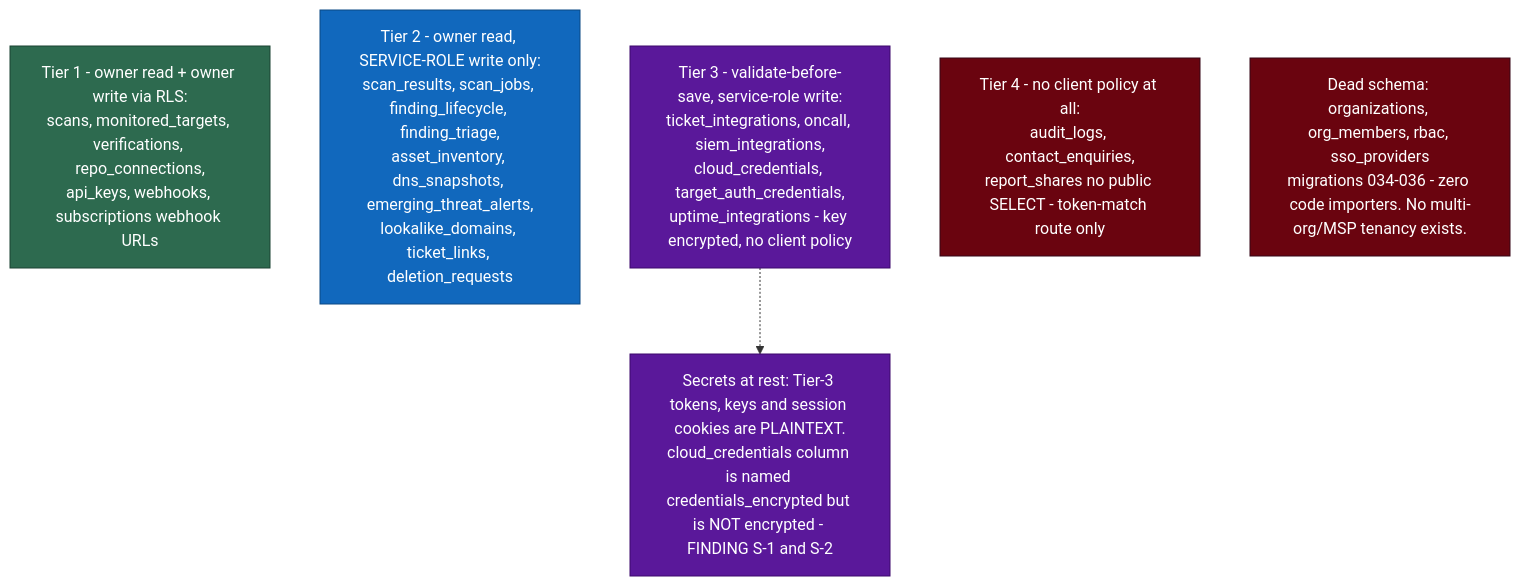
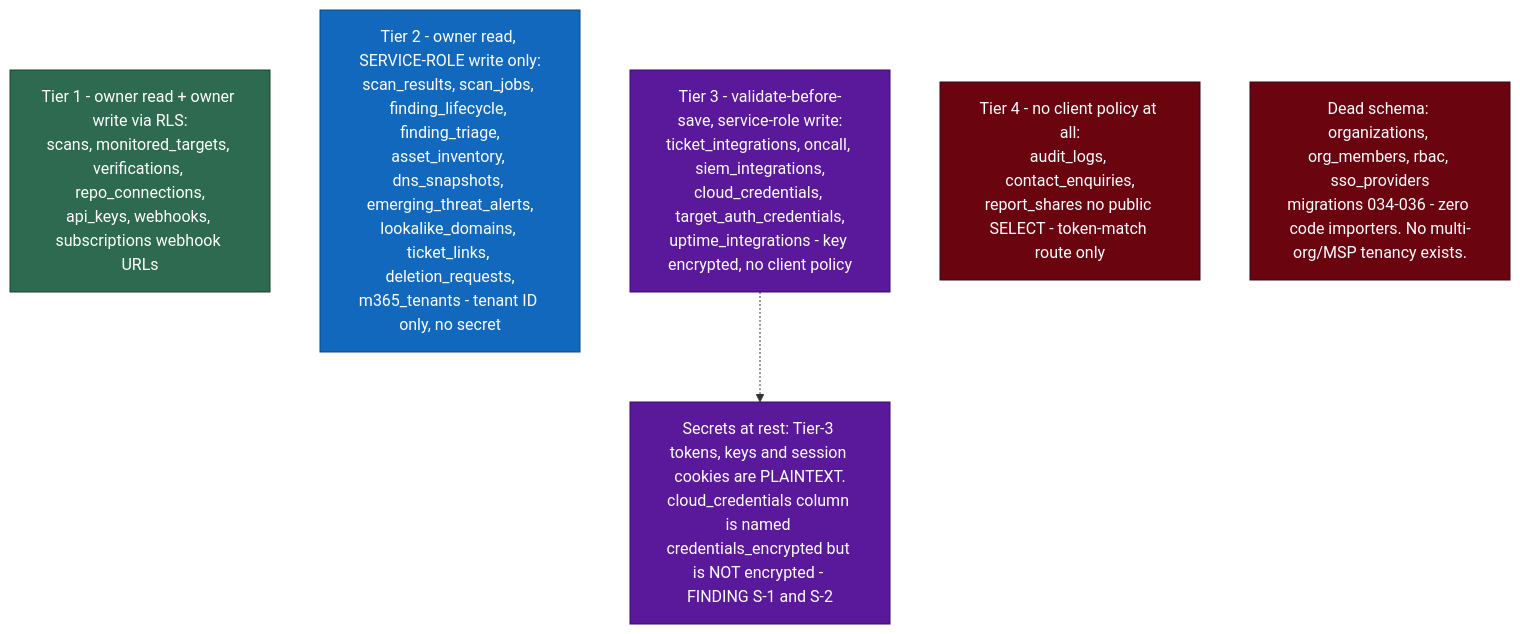
Before and after one commit to andrew-barvas/hebrides-cyber: the second of 2 diagrams in hebridescyber-app/docs/DATA-MODEL.md, drawn with Mermaid. The commit also changed other lines of this file and 31 other files, not shown here.

First line of the commit message:
feat(m365): read-only Microsoft 365 and Entra ID posture checks (P1-4) (#194)

````diff
--- a/hebridescyber-app/docs/DATA-MODEL.md
+++ b/hebridescyber-app/docs/DATA-MODEL.md
@@ -70,14 +71,14 @@
 ```mermaid
 flowchart TB
     classDef t1 fill:#2d6a4f,stroke:#1b4332,color:#fff
     classDef t2 fill:#1168bd,stroke:#0b4884,color:#fff
     classDef t3 fill:#5a189a,stroke:#3c096c,color:#fff
     classDef t4 fill:#6a040f,stroke:#370617,color:#fff
     T1[Tier 1 - owner read + owner write via RLS:<br/>scans, monitored_targets, verifications, repo_connections,<br/>api_keys, webhooks, subscriptions webhook URLs]:::t1
-    T2[Tier 2 - owner read, SERVICE-ROLE write only:<br/>scan_results, scan_jobs, finding_lifecycle, finding_triage,<br/>asset_inventory, dns_snapshots, emerging_threat_alerts,<br/>lookalike_domains, ticket_links, deletion_requests]:::t2
+    T2[Tier 2 - owner read, SERVICE-ROLE write only:<br/>scan_results, scan_jobs, finding_lifecycle, finding_triage,<br/>asset_inventory, dns_snapshots, emerging_threat_alerts,<br/>lookalike_domains, ticket_links, deletion_requests,<br/>m365_tenants - tenant ID only, no secret]:::t2
     T3[Tier 3 - validate-before-save, service-role write:<br/>ticket_integrations, oncall, siem_integrations,<br/>cloud_credentials, target_auth_credentials,<br/>uptime_integrations - key encrypted, no client policy]:::t3
     T4[Tier 4 - no client policy at all:<br/>audit_logs, contact_enquiries,<br/>report_shares no public SELECT - token-match route only]:::t4
     N1["Secrets at rest: Tier-3 tokens, keys and session cookies are PLAINTEXT.<br/>cloud_credentials column is named credentials_encrypted but is NOT encrypted - FINDING S-1 and S-2"]:::t3
     N2["Dead schema: organizations, org_members, rbac, sso_providers<br/>migrations 034-036 - zero code importers. No multi-org/MSP tenancy exists."]:::t4
     T3 -.-> N1
 ```
````
